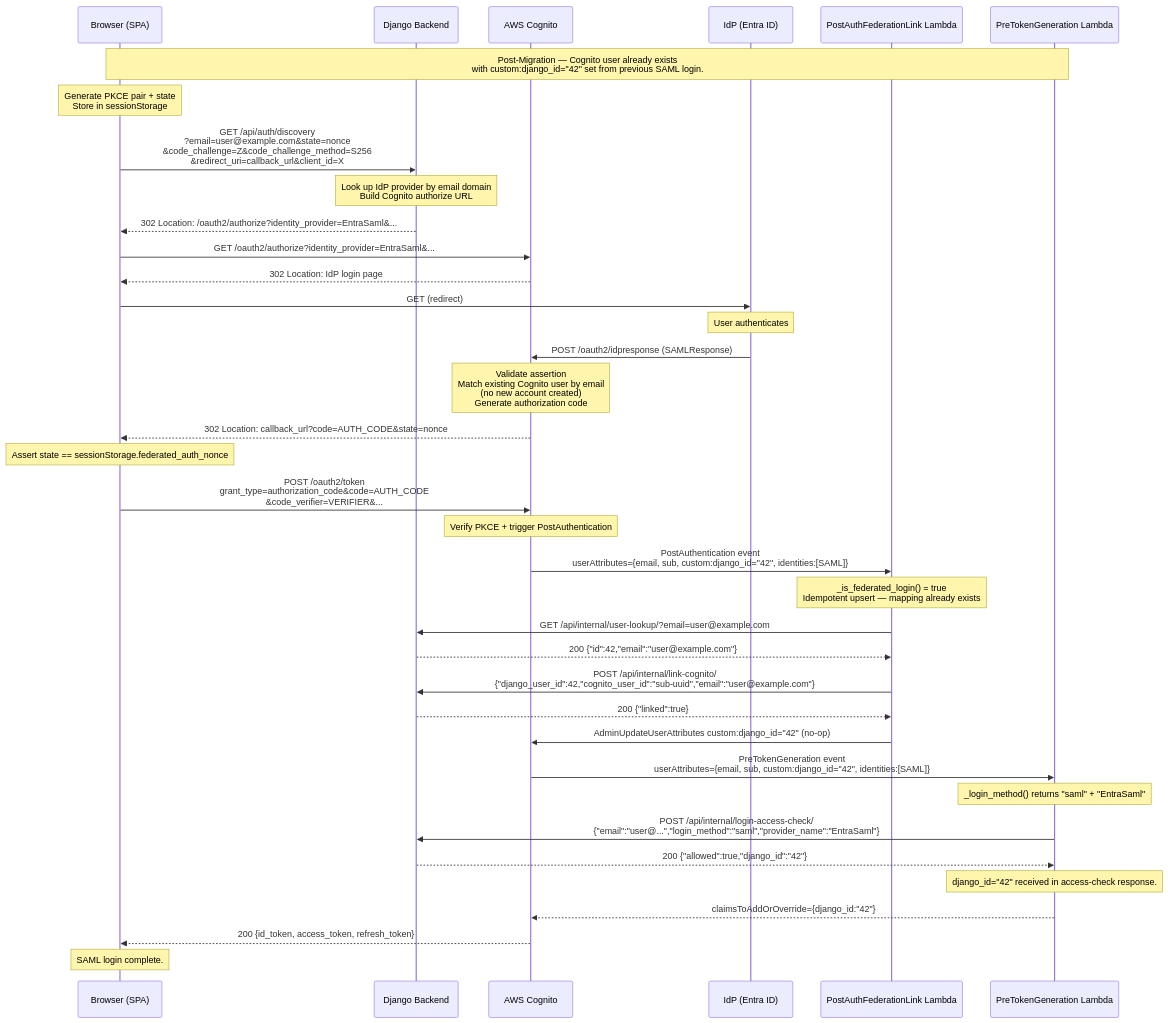
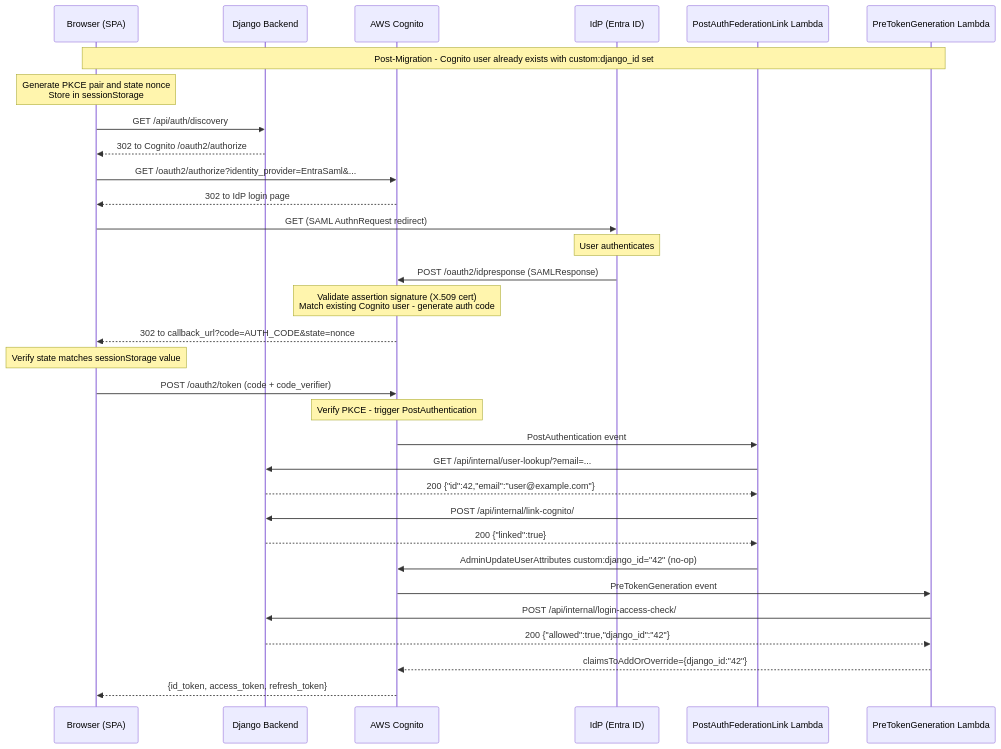
Before and after one commit to KuzichIlya/django_to_congnito_migration: the diagram in docs/diagrams/saml-03-post-migration.mmd, drawn with Mermaid. The commit also changed 14 other files, not shown here.

```diff
--- a/docs/diagrams/saml-03-post-migration.mmd
+++ b/docs/diagrams/saml-03-post-migration.mmd
@@ -1,47 +1,42 @@
 sequenceDiagram
     participant Browser as Browser (SPA)
     participant Django as Django Backend
     participant Cognito as AWS Cognito
     participant IdP as IdP (Entra ID)
     participant PostAuth as PostAuthFederationLink Lambda
     participant PreToken as PreTokenGeneration Lambda
 
-    Note over Browser,PreToken: Post-Migration — Cognito user already exists<br/>with custom:django_id="42" set from previous SAML login.
+    Note over Browser,PreToken: Post-Migration - Cognito user already exists with custom:django_id set
 
-    Note over Browser: Generate PKCE pair + state<br/>Store in sessionStorage
+    Note over Browser: Generate PKCE pair and state nonce<br/>Store in sessionStorage
 
-    Browser->>Django: GET /api/auth/discovery<br/>?email=user@example.com&state=nonce<br/>&code_challenge=Z&code_challenge_method=S256<br/>&redirect_uri=callback_url&client_id=X
-    Note over Django: Look up IdP provider by email domain<br/>Build Cognito authorize URL
-    Django-->>Browser: 302 Location: /oauth2/authorize?identity_provider=EntraSaml&...
+    Browser->>Django: GET /api/auth/discovery
+    Django-->>Browser: 302 to Cognito /oauth2/authorize
 
     Browser->>Cognito: GET /oauth2/authorize?identity_provider=EntraSaml&...
-    Cognito-->>Browser: 302 Location: IdP login page
+    Cognito-->>Browser: 302 to IdP login page
 
-    Browser->>IdP: GET (redirect)
+    Browser->>IdP: GET (SAML AuthnRequest redirect)
     Note over IdP: User authenticates
     IdP->>Cognito: POST /oauth2/idpresponse (SAMLResponse)
-    Note over Cognito: Validate assertion<br/>Match existing Cognito user by email<br/>(no new account created)<br/>Generate authorization code
-    Cognito-->>Browser: 302 Location: callback_url?code=AUTH_CODE&state=nonce
+    Note over Cognito: Validate assertion signature (X.509 cert)<br/>Match existing Cognito user - generate auth code
+    Cognito-->>Browser: 302 to callback_url?code=AUTH_CODE&state=nonce
 
-    Note over Browser: Assert state == sessionStorage.federated_auth_nonce
+    Note over Browser: Verify state matches sessionStorage value
 
-    Browser->>Cognito: POST /oauth2/token<br/>grant_type=authorization_code&code=AUTH_CODE<br/>&code_verifier=VERIFIER&...
-    Note over Cognito: Verify PKCE + trigger PostAuthentication
-    Cognito->>PostAuth: PostAuthentication event<br/>userAttributes={email, sub, custom:django_id="42", identities:[SAML]}
+    Browser->>Cognito: POST /oauth2/token (code + code_verifier)
+    Note over Cognito: Verify PKCE - trigger PostAuthentication
 
-    Note over PostAuth: _is_federated_login() = true<br/>Idempotent upsert — mapping already exists
-    PostAuth->>Django: GET /api/internal/user-lookup/?email=user@example.com
+    Cognito->>PostAuth: PostAuthentication event
+    PostAuth->>Django: GET /api/internal/user-lookup/?email=...
     Django-->>PostAuth: 200 {"id":42,"email":"user@example.com"}
-    PostAuth->>Django: POST /api/internal/link-cognito/<br/>{"django_user_id":42,"cognito_user_id":"sub-uuid","email":"user@example.com"}
+    PostAuth->>Django: POST /api/internal/link-cognito/
     Django-->>PostAuth: 200 {"linked":true}
     PostAuth->>Cognito: AdminUpdateUserAttributes custom:django_id="42" (no-op)
 
-    Cognito->>PreToken: PreTokenGeneration event<br/>userAttributes={email, sub, custom:django_id="42", identities:[SAML]}
-    Note over PreToken: _login_method() returns "saml" + "EntraSaml"
-    PreToken->>Django: POST /api/internal/login-access-check/<br/>{"email":"user@...","login_method":"saml","provider_name":"EntraSaml"}
+    Cognito->>PreToken: PreTokenGeneration event
+    PreToken->>Django: POST /api/internal/login-access-check/
     Django-->>PreToken: 200 {"allowed":true,"django_id":"42"}
-    Note over PreToken: django_id="42" received in access-check response.
     PreToken-->>Cognito: claimsToAddOrOverride={django_id:"42"}
 
-    Cognito-->>Browser: 200 {id_token, access_token, refresh_token}
-    Note over Browser: SAML login complete.
+    Cognito-->>Browser: {id_token, access_token, refresh_token}
```
